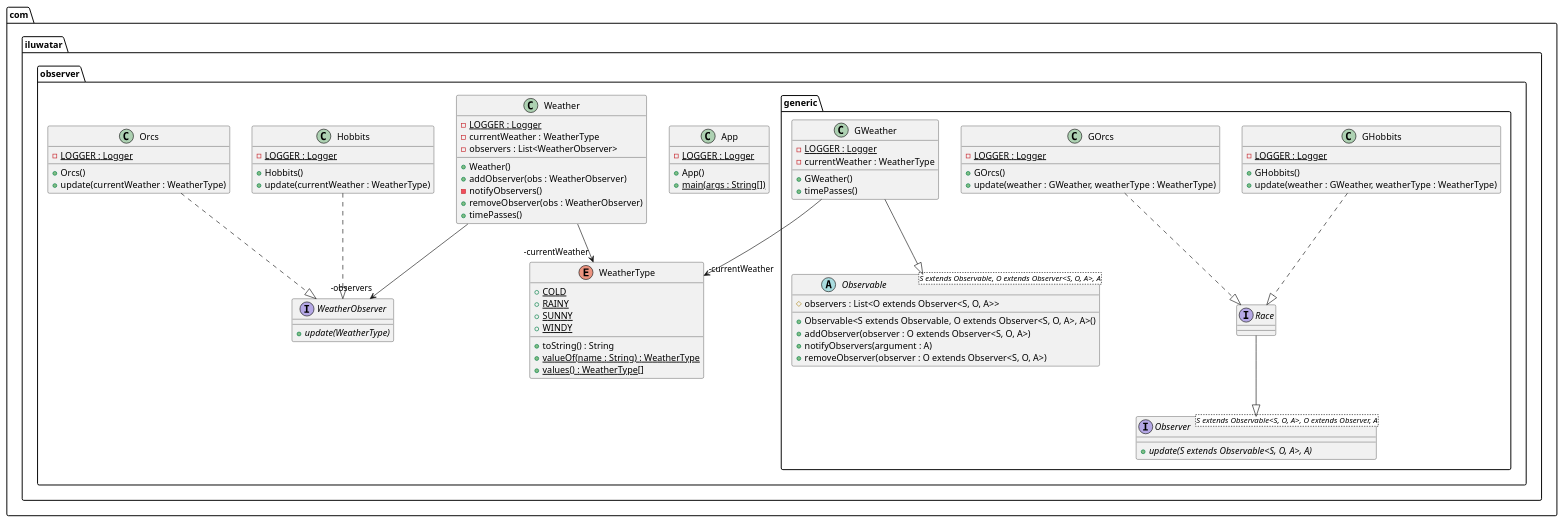
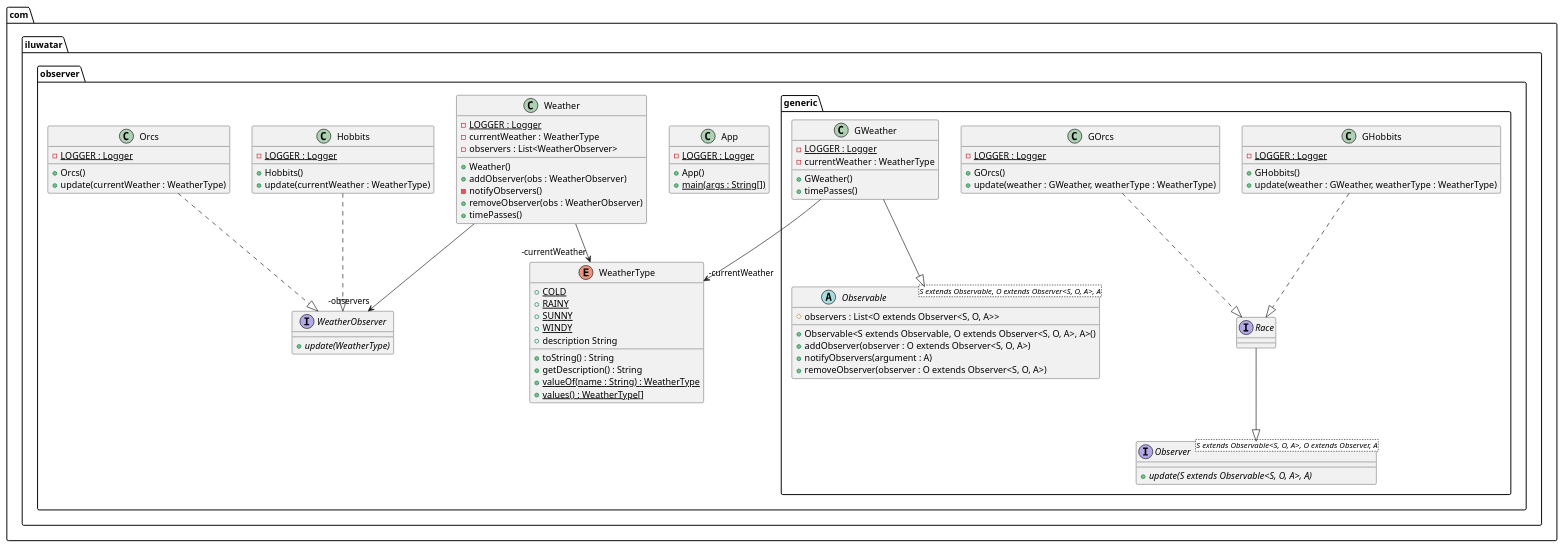
Before and after one commit to NatalieSty/java-design-patterns: the diagram in observer/etc/observer.urm.puml, drawn with PlantUML. The commit also changed 11 other files, not shown here.

```diff
--- a/observer/etc/observer.urm.puml
+++ b/observer/etc/observer.urm.puml
@@ -1,80 +1,82 @@
 @startuml
 package com.iluwatar.observer {
   class App {
     - LOGGER : Logger {static}
     + App()
     + main(args : String[]) {static}
   }
   class Hobbits {
     - LOGGER : Logger {static}
     + Hobbits()
     + update(currentWeather : WeatherType)
   }
   class Orcs {
     - LOGGER : Logger {static}
     + Orcs()
     + update(currentWeather : WeatherType)
   }
   class Weather {
     - LOGGER : Logger {static}
     - currentWeather : WeatherType
     - observers : List<WeatherObserver>
     + Weather()
     + addObserver(obs : WeatherObserver)
     - notifyObservers()
     + removeObserver(obs : WeatherObserver)
     + timePasses()
   }
   interface WeatherObserver {
     + update(WeatherType) {abstract}
   }
   enum WeatherType {
     + COLD {static}
     + RAINY {static}
     + SUNNY {static}
     + WINDY {static}
+    + description String
     + toString() : String
+    + getDescription() : String
     + valueOf(name : String) : WeatherType {static}
     + values() : WeatherType[] {static}
   }
 }
 package com.iluwatar.observer.generic {
   class GHobbits {
     - LOGGER : Logger {static}
     + GHobbits()
     + update(weather : GWeather, weatherType : WeatherType)
   }
   class GOrcs {
     - LOGGER : Logger {static}
     + GOrcs()
     + update(weather : GWeather, weatherType : WeatherType)
   }
   class GWeather {
     - LOGGER : Logger {static}
     - currentWeather : WeatherType
     + GWeather()
     + timePasses()
   }
   abstract class Observable<S extends Observable, O extends Observer<S, O, A>, A> {
     # observers : List<O extends Observer<S, O, A>>
     + Observable<S extends Observable, O extends Observer<S, O, A>, A>()
     + addObserver(observer : O extends Observer<S, O, A>)
     + notifyObservers(argument : A)
     + removeObserver(observer : O extends Observer<S, O, A>)
   }
   interface Observer<S extends Observable<S, O, A>, O extends Observer, A> {
     + update(S extends Observable<S, O, A>, A) {abstract}
   }
   interface Race {
   }
 }
 Weather -->  "-currentWeather" WeatherType
 GWeather -->  "-currentWeather" WeatherType
 Weather -->  "-observers" WeatherObserver
-Hobbits ..|> WeatherObserver 
-Orcs ..|> WeatherObserver 
-GHobbits ..|> Race 
-GOrcs ..|> Race 
-GWeather --|> Observable 
-Race --|> Observer 
+Hobbits ..|> WeatherObserver
+Orcs ..|> WeatherObserver
+GHobbits ..|> Race
+GOrcs ..|> Race
+GWeather --|> Observable
+Race --|> Observer
 @enduml
```
